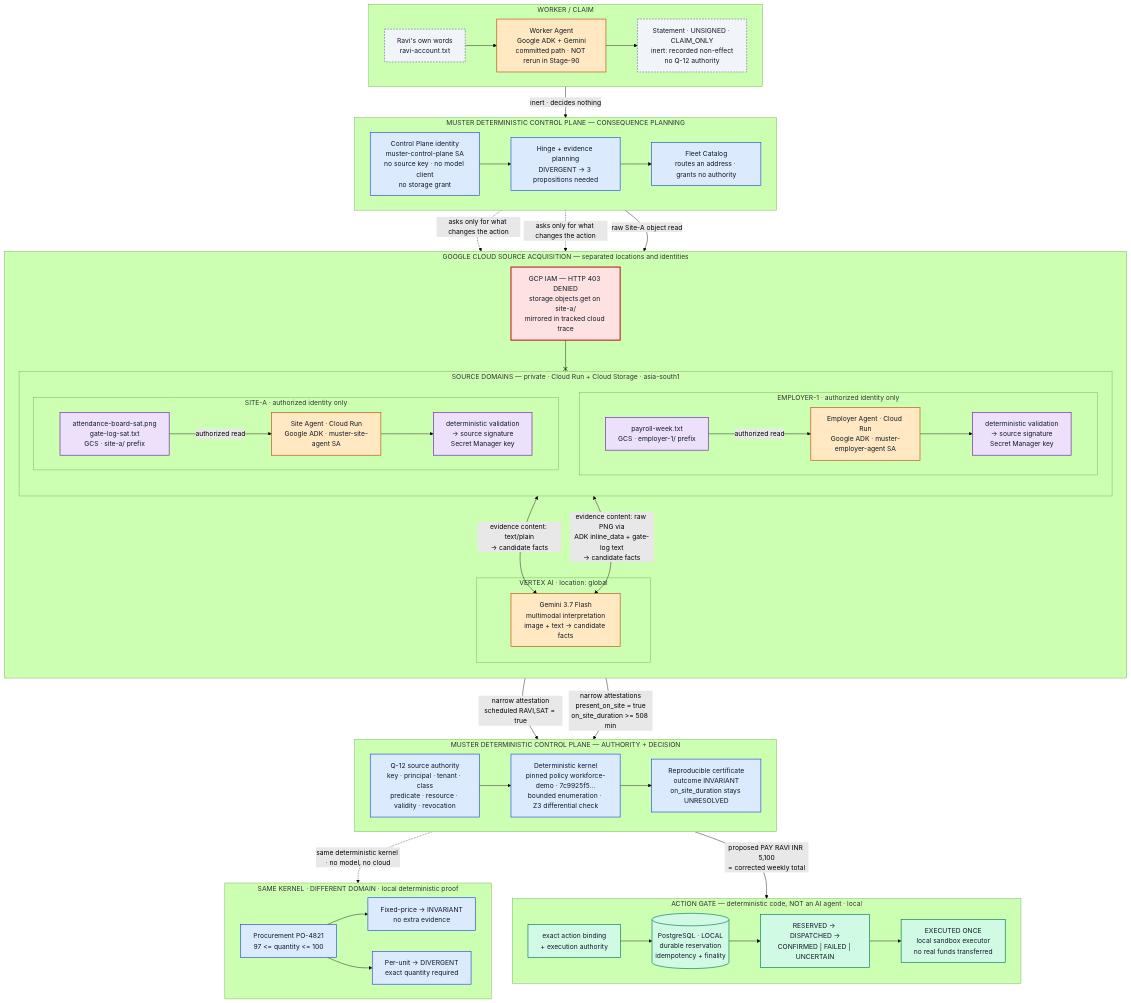
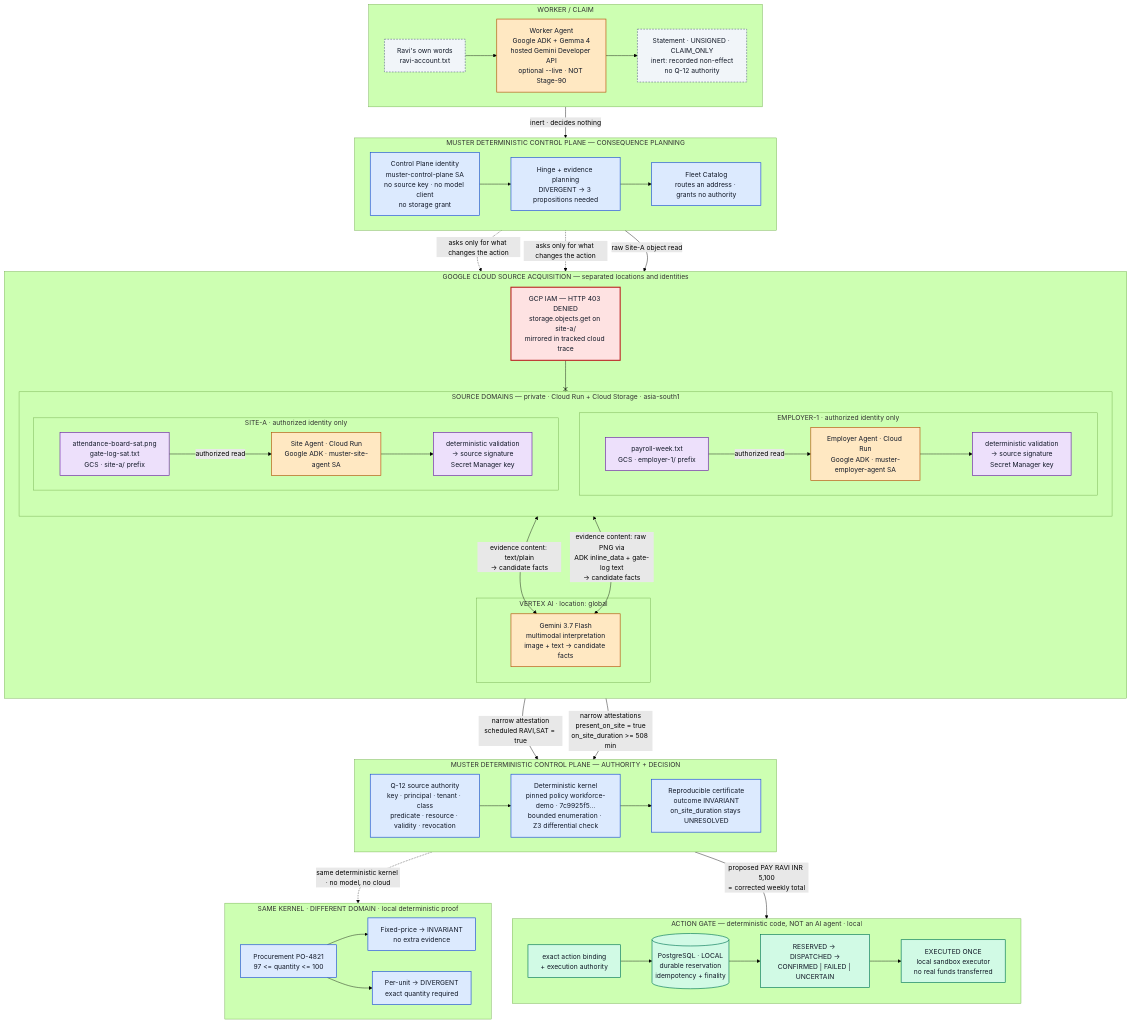
Before and after one commit to satish9177/muster: the diagram in ARCHITECTURE.md, drawn with Mermaid (forest theme). The commit also changed other lines of this file and 13 other files, not shown here.

Commit message:
feat: integrate Gemma worker claim intake

```diff
--- a/ARCHITECTURE.md
+++ b/ARCHITECTURE.md
@@ -68,7 +68,7 @@
   subgraph Z1["WORKER / CLAIM"]
     direction LR
     RAVI["Ravi's own words<br/>ravi-account.txt"]:::inert
-    WKR["Worker Agent<br/>Google ADK + Gemini<br/>committed path · NOT rerun in Stage-90"]:::ai
+    WKR["Worker Agent<br/>Google ADK + Gemma 4<br/>hosted Gemini Developer API<br/>optional --live · NOT Stage-90"]:::ai
     CLM["Statement · UNSIGNED · CLAIM_ONLY<br/>inert: recorded non-effect<br/>no Q-12 authority"]:::inert
     RAVI --> WKR --> CLM
   end
```
